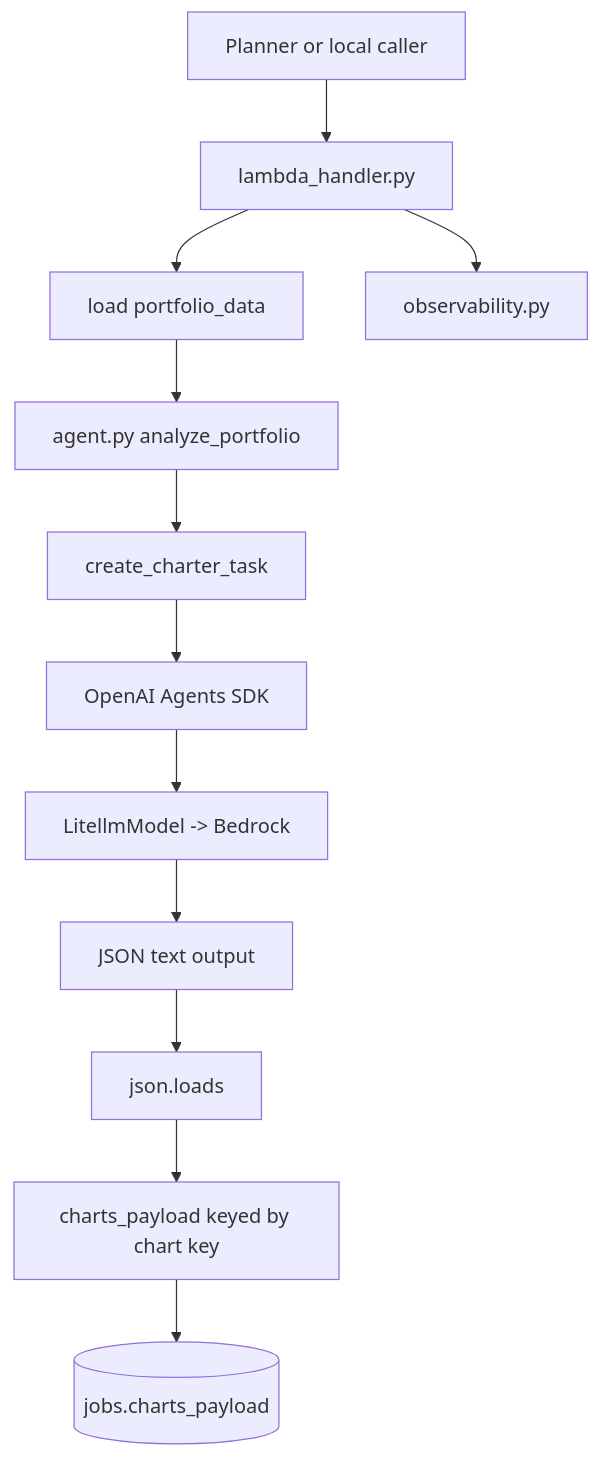
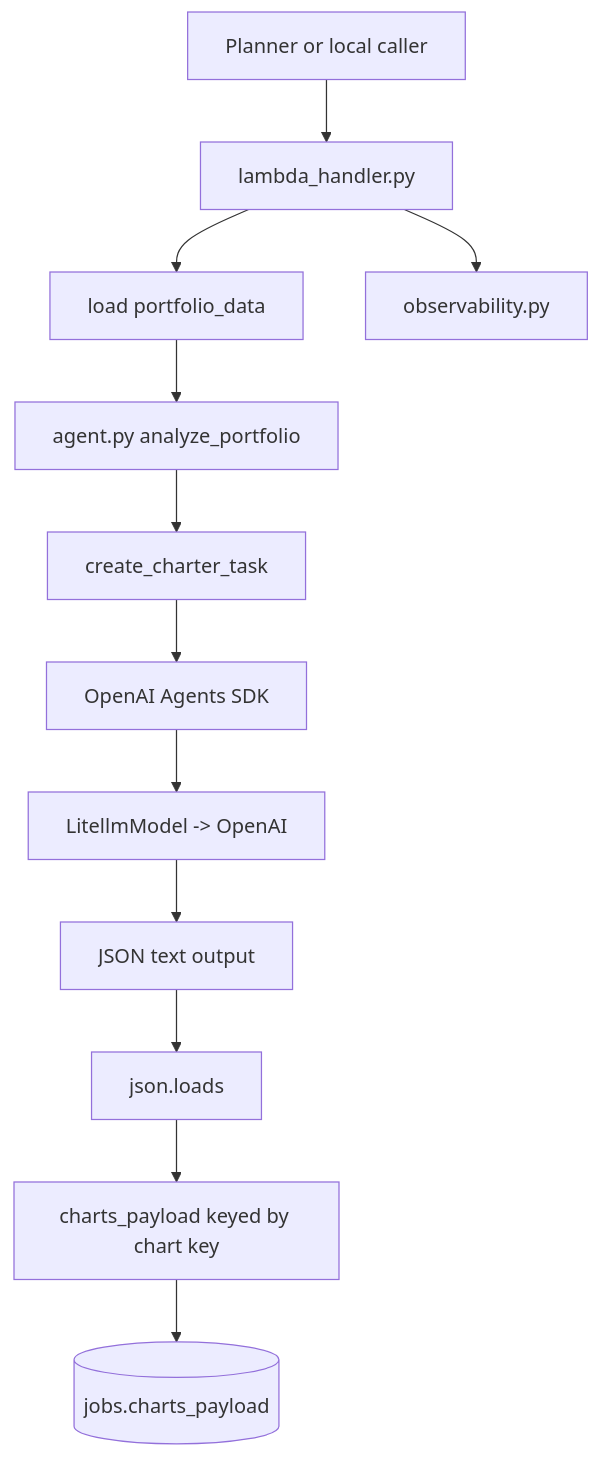
The first of 3 diagrams in backend/charter/README.md (Sunny-sunnyy/alex), drawn with Mermaid before and after one commit. The commit also changed other lines of this file and 43 other files, not shown here.

````diff
--- a/backend/charter/README.md
+++ b/backend/charter/README.md
@@ -33,14 +35,14 @@
 ```mermaid
 flowchart TD
     A[Planner or local caller] --> B[lambda_handler.py]
     B --> C[load portfolio_data]
     C --> D[agent.py analyze_portfolio]
     D --> E[create_charter_task]
     E --> F[OpenAI Agents SDK]
-    F --> G[LitellmModel -> Bedrock]
+    F --> G[LitellmModel -> OpenAI]
     G --> H[JSON text output]
     H --> I[json.loads]
     I --> J[charts_payload keyed by chart key]
     J --> K[(jobs.charts_payload)]
     B --> L[observability.py]
 ```
````
